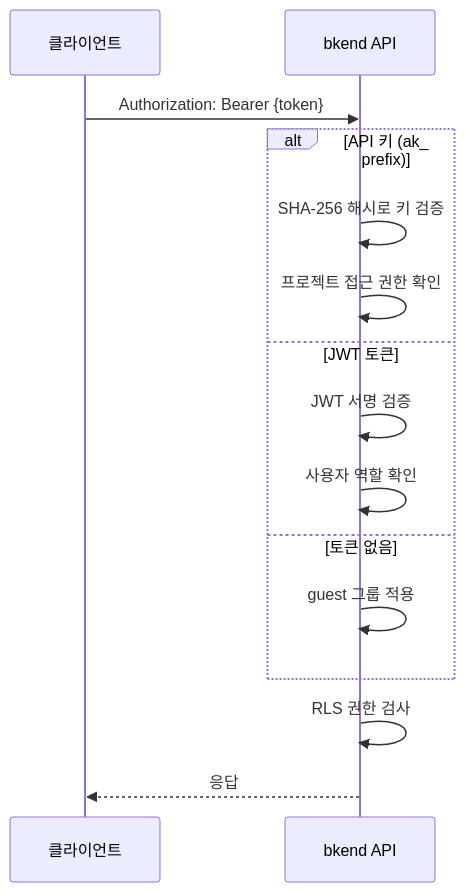
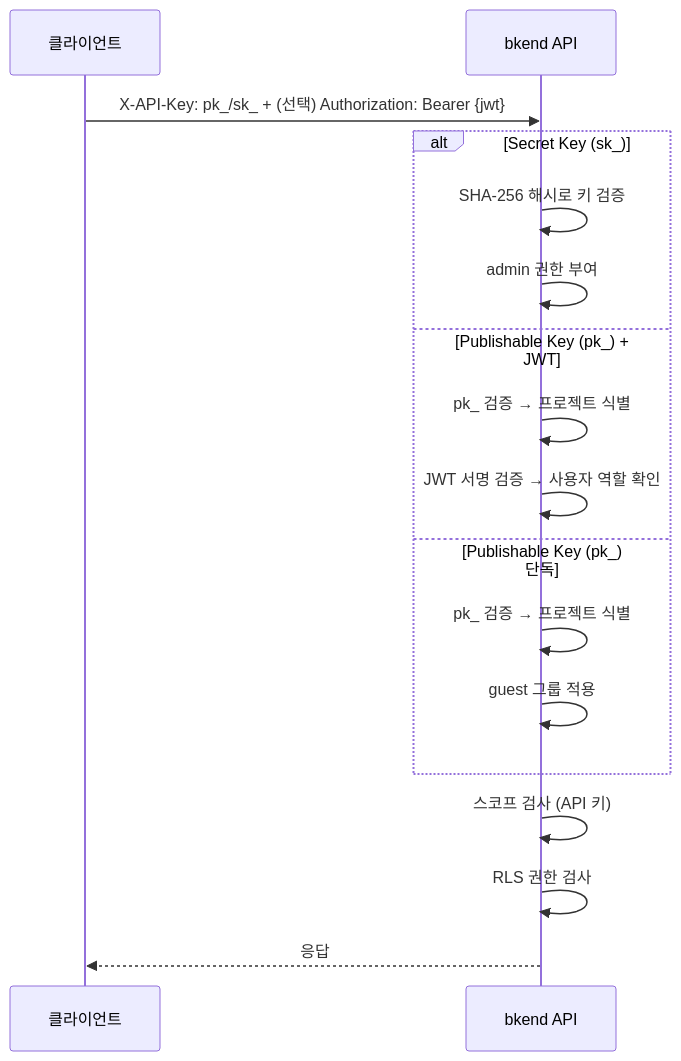
The first of 2 diagrams in ko/security/08-api-reference.md (popup-studio-ai/bkend-docs), drawn with Mermaid before and after one commit. The commit also changed other lines of this file and 365 other files, not shown here.

````diff
--- a/ko/security/08-api-reference.md
+++ b/ko/security/08-api-reference.md
@@ -60,18 +65,20 @@
 ```mermaid
 sequenceDiagram
     participant C as 클라이언트
     participant A as bkend API
 
-    C->>A: Authorization: Bearer {token}
-    alt API 키 (ak_ prefix)
+    C->>A: X-API-Key: pk_/sk_ + (선택) Authorization: Bearer {jwt}
+    alt Secret Key (sk_)
         A->>A: SHA-256 해시로 키 검증
-        A->>A: 프로젝트 접근 권한 확인
-    else JWT 토큰
-        A->>A: JWT 서명 검증
-        A->>A: 사용자 역할 확인
-    else 토큰 없음
+        A->>A: admin 권한 부여
+    else Publishable Key (pk_) + JWT
+        A->>A: pk_ 검증 → 프로젝트 식별
+        A->>A: JWT 서명 검증 → 사용자 역할 확인
+    else Publishable Key (pk_) 단독
+        A->>A: pk_ 검증 → 프로젝트 식별
         A->>A: guest 그룹 적용
     end
+    A->>A: 스코프 검사 (API 키)
     A->>A: RLS 권한 검사
     A-->>C: 응답
 ```
````
